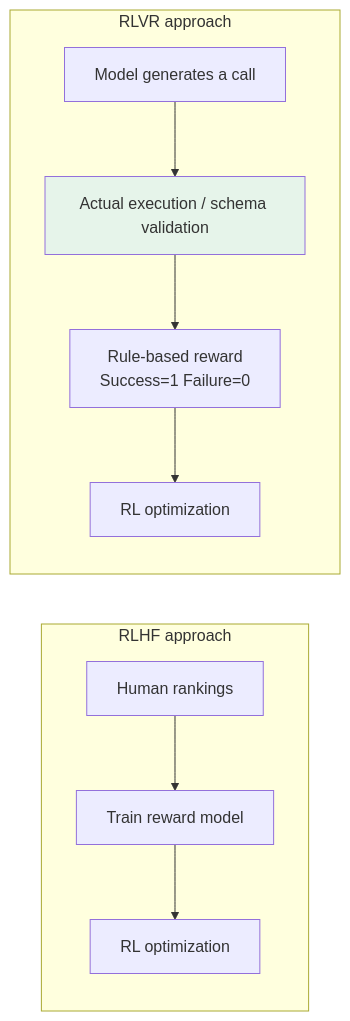
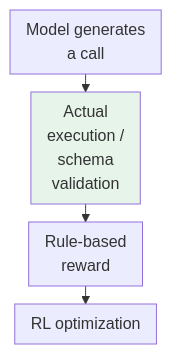
One commit to zongyangbigpolo/awesome-ai-roadmap changed the fourth of 5 diagrams in docs/tools/01-function-calling/02-tool-learning.md. Above: the diagram before and after it, drawn with Mermaid. The commit also changed other lines of this file and 320 other files, not shown here.

First line of the commit message:
Prepare compact bilingual diagrams and centralized references for Kindle RC2

````diff
--- a/docs/tools/01-function-calling/02-tool-learning.md
+++ b/docs/tools/01-function-calling/02-tool-learning.md
@@ -151,13 +175,7 @@
 ```mermaid
-flowchart LR
-    subgraph RLHF["RLHF approach"]
-        H1[Human rankings] --> H2[Train reward model] --> H3[RL optimization]
-    end
-
-    subgraph RLVR["RLVR approach"]
-        V1[Model generates a call] --> V2[Actual execution / schema validation]
-        V2 --> V3["Rule-based reward<br/>Success=1 Failure=0"] --> V4[RL optimization]
-    end
-
+%%{init: {"flowchart": {"nodeSpacing": 12, "rankSpacing": 18, "padding": 8}}}%%
+flowchart TB
+        V1["Model generates<br/>a call"] --> V2["Actual<br/>execution /<br/>schema<br/>validation"]
+        V2 --> V3["Rule-based<br/>reward"] --> V4["RL optimization"]
     style V2 fill:#e6f4ea
 ```
````
